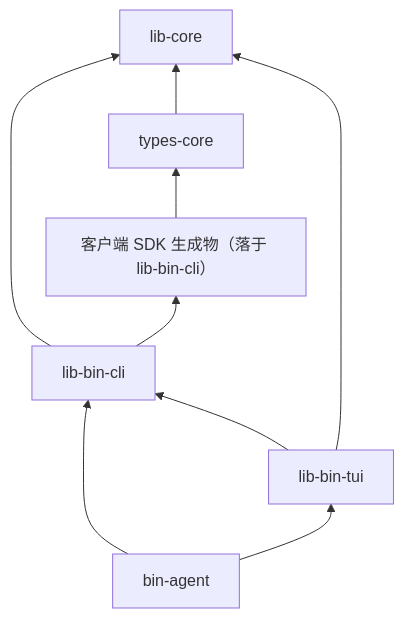
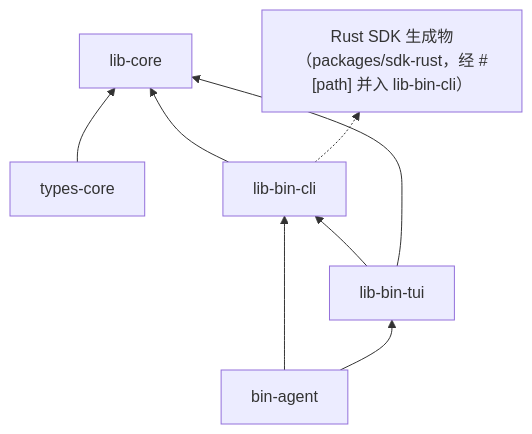
Before and after one commit to lingting/lingting-agent: the fifth of 5 diagrams in docs/workspace.md, drawn with Mermaid. The commit also changed other lines of this file and 17 other files, not shown here.

````diff
--- a/docs/workspace.md
+++ b/docs/workspace.md
@@ -682,12 +682,12 @@
 ```mermaid
 flowchart BT
     libcore["lib-core"]
     typescore["types-core"] --> libcore
-    sdk["客户端 SDK 生成物（落于 lib-bin-cli）"] --> typescore
+    sdk["Rust SDK 生成物（packages/sdk-rust，经 #[path] 并入 lib-bin-cli）"]
     bincli["lib-bin-cli"] --> libcore
-    bincli --> sdk
+    bincli -.-> sdk
     bintui["lib-bin-tui"] --> bincli
     bintui --> libcore
     binagent["bin-agent"] --> bincli
     binagent --> bintui
 ```
````
